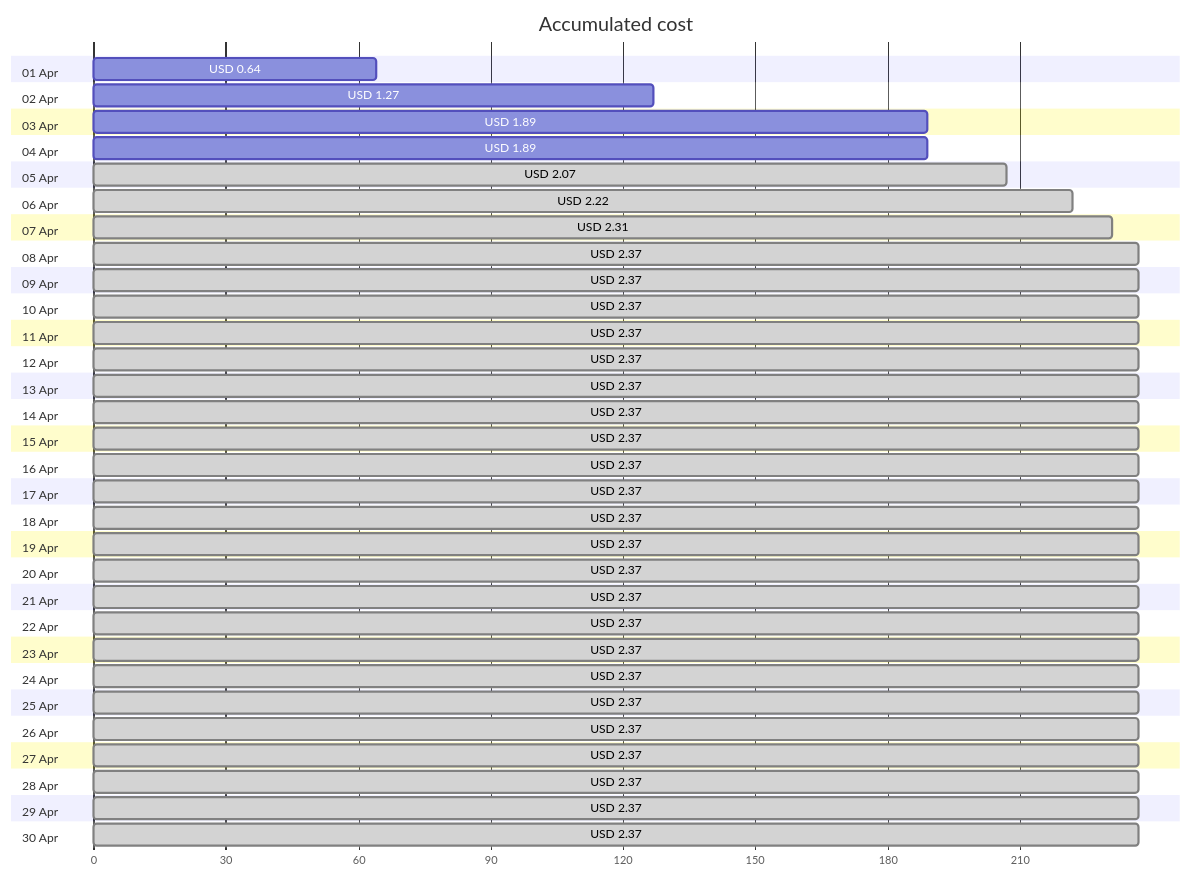
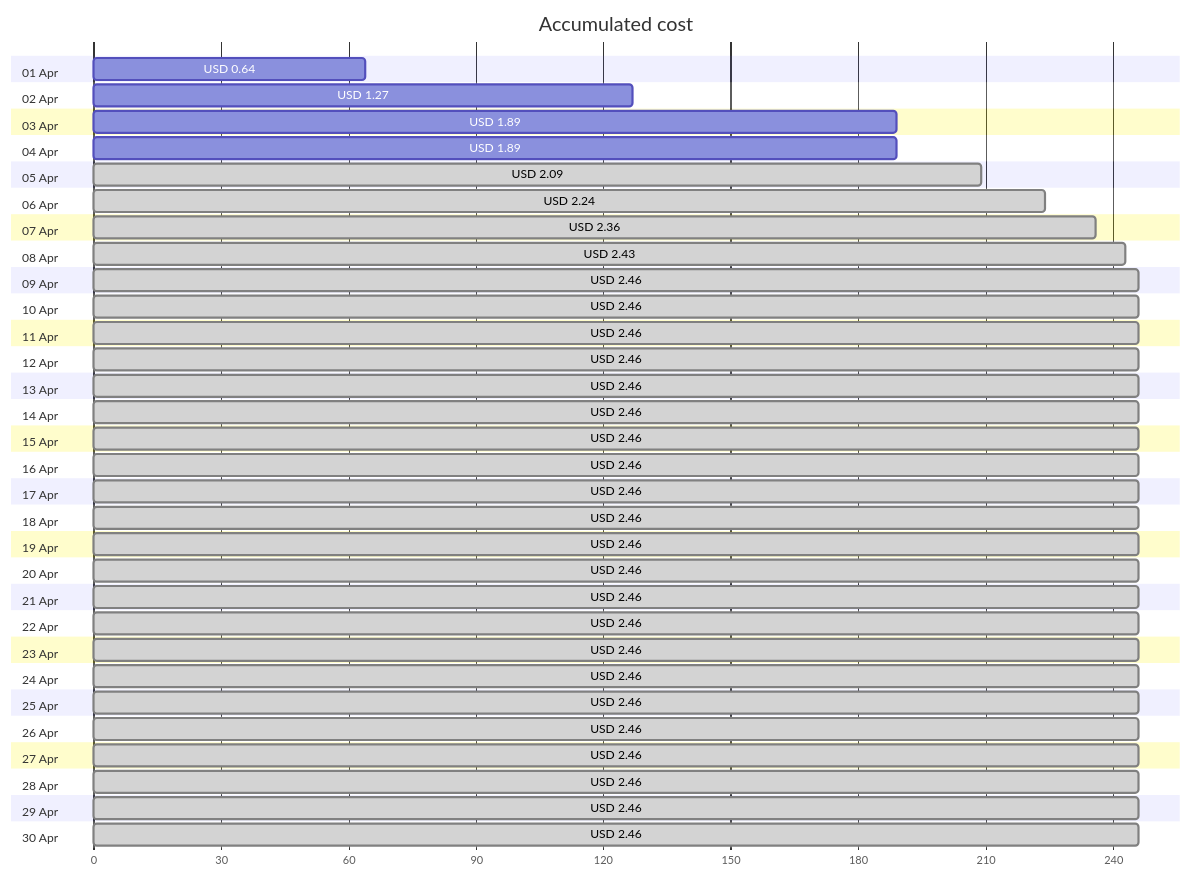
One commit to jpfulton/azure-personal-reports changed the first of 4 diagrams in cost-reports/accumulated-cost.md. Above: the diagram before and after it, drawn with Mermaid. The commit also changed other lines of this file and 3 other files, not shown here.

````diff
--- a/cost-reports/accumulated-cost.md
+++ b/cost-reports/accumulated-cost.md
@@ -20,66 +20,66 @@
 ```mermaid
 gantt
    title Accumulated cost
    dateFormat  X
    axisFormat %s
    section 01 Apr
    USD 0.64 :0, 64
    section 02 Apr
    USD 1.27 :0, 127
    section 03 Apr
    USD 1.89 :0, 189
    section 04 Apr
    USD 1.89 :0, 189
    section 05 Apr
-   USD 2.07 : done, 0, 207
+   USD 2.09 : done, 0, 209
    section 06 Apr
-   USD 2.22 : done, 0, 222
+   USD 2.24 : done, 0, 224
    section 07 Apr
-   USD 2.31 : done, 0, 231
+   USD 2.36 : done, 0, 236
    section 08 Apr
-   USD 2.37 : done, 0, 237
+   USD 2.43 : done, 0, 243
    section 09 Apr
-   USD 2.37 : done, 0, 237
+   USD 2.46 : done, 0, 246
    section 10 Apr
-   USD 2.37 : done, 0, 237
+   USD 2.46 : done, 0, 246
    section 11 Apr
-   USD 2.37 : done, 0, 237
+   USD 2.46 : done, 0, 246
    section 12 Apr
-   USD 2.37 : done, 0, 237
+   USD 2.46 : done, 0, 246
    section 13 Apr
-   USD 2.37 : done, 0, 237
+   USD 2.46 : done, 0, 246
    section 14 Apr
-   USD 2.37 : done, 0, 237
+   USD 2.46 : done, 0, 246
    section 15 Apr
-   USD 2.37 : done, 0, 237
+   USD 2.46 : done, 0, 246
    section 16 Apr
-   USD 2.37 : done, 0, 237
+   USD 2.46 : done, 0, 246
    section 17 Apr
-   USD 2.37 : done, 0, 237
+   USD 2.46 : done, 0, 246
    section 18 Apr
-   USD 2.37 : done, 0, 237
+   USD 2.46 : done, 0, 246
    section 19 Apr
-   USD 2.37 : done, 0, 237
+   USD 2.46 : done, 0, 246
    section 20 Apr
-   USD 2.37 : done, 0, 237
+   USD 2.46 : done, 0, 246
    section 21 Apr
-   USD 2.37 : done, 0, 237
+   USD 2.46 : done, 0, 246
    section 22 Apr
-   USD 2.37 : done, 0, 237
+   USD 2.46 : done, 0, 246
    section 23 Apr
-   USD 2.37 : done, 0, 237
+   USD 2.46 : done, 0, 246
    section 24 Apr
-   USD 2.37 : done, 0, 237
+   USD 2.46 : done, 0, 246
    section 25 Apr
-   USD 2.37 : done, 0, 237
+   USD 2.46 : done, 0, 246
    section 26 Apr
-   USD 2.37 : done, 0, 237
+   USD 2.46 : done, 0, 246
    section 27 Apr
-   USD 2.37 : done, 0, 237
+   USD 2.46 : done, 0, 246
    section 28 Apr
-   USD 2.37 : done, 0, 237
+   USD 2.46 : done, 0, 246
    section 29 Apr
-   USD 2.37 : done, 0, 237
+   USD 2.46 : done, 0, 246
    section 30 Apr
-   USD 2.37 : done, 0, 237
+   USD 2.46 : done, 0, 246
 ```
````
